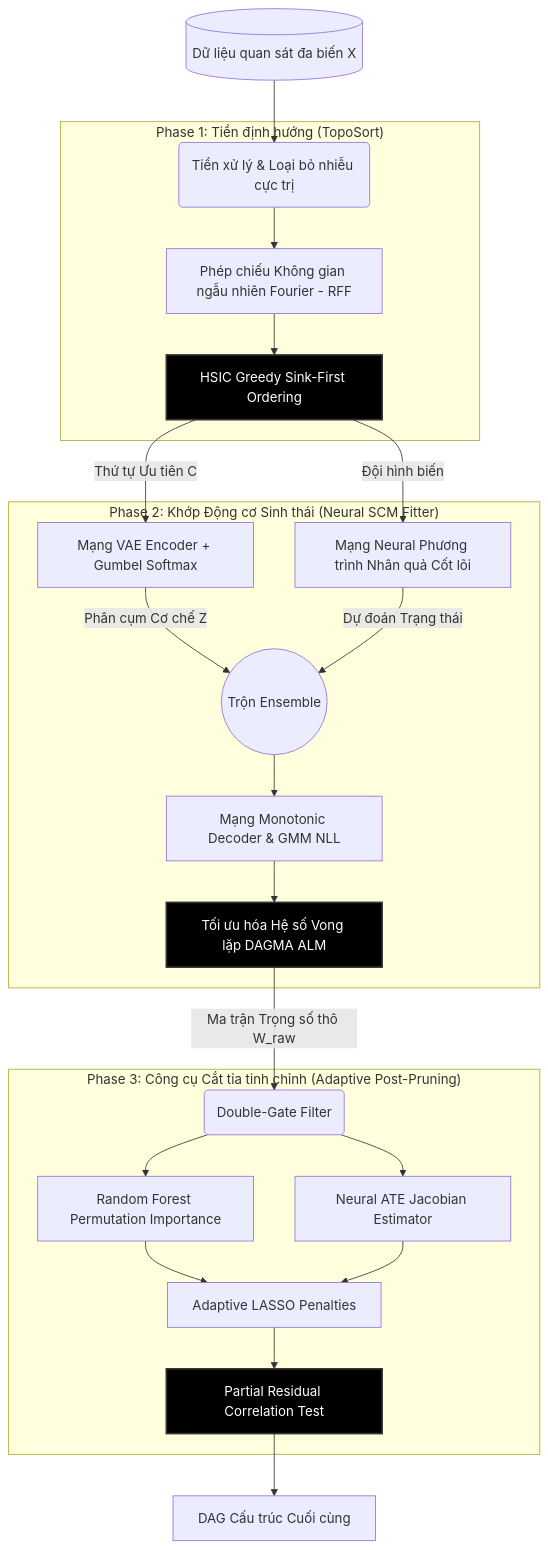
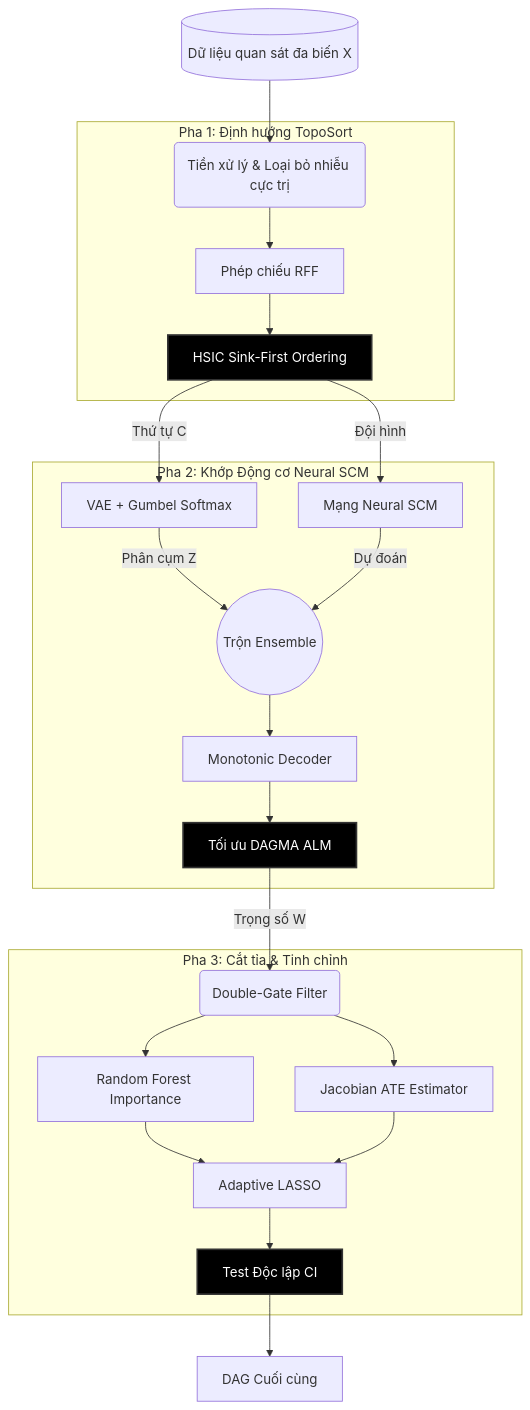
One commit to manhthai1706/DeepANM changed the first of 4 diagrams in docx/Chuong3_MoHinhDeepANM.md. Above: the diagram before and after it, drawn with Mermaid.

Commit message:
docs: shorten mermaid labels to prevent text overlap

````diff
--- a/docx/Chuong3_MoHinhDeepANM.md
+++ b/docx/Chuong3_MoHinhDeepANM.md
@@ -11,35 +11,35 @@
 ```mermaid
 graph TD
     classDef highlight fill:#000,color:#fff,stroke:#333,stroke-width:2px;
     classDef sub core fill:#bbf,stroke:#333,stroke-width:2px;
     
     Data[(Dữ liệu quan sát đa biến X)] --> Preprocess(Tiền xử lý & Loại bỏ nhiễu cực trị)
     
-    subgraph phase1 ["Phase 1: Tiền định hướng (TopoSort)"]
-        Preprocess --> RFF[Phép chiếu Không gian ngẫu nhiên Fourier - RFF]
-        RFF --> Sink[HSIC Greedy Sink-First Ordering]
+    subgraph phase1 ["Pha 1: Định hướng TopoSort"]
+        Preprocess --> RFF[Phép chiếu RFF]
+        RFF --> Sink[HSIC Sink-First Ordering]
     end
     
-    subgraph phase2 ["Phase 2: Khớp Động cơ Sinh thái (Neural SCM Fitter)"]
-        Sink -->|Thứ tự Ưu tiên C| Encoder[Mạng VAE Encoder + Gumbel Softmax]
-        Sink -->|Đội hình biến| SEM[Mạng Neural Phương trình Nhân quả Cốt lõi]
-        Encoder -->|Phân cụm Cơ chế Z| Combine((Trộn Ensemble))
-        SEM -->|Dự đoán Trạng thái| Combine
-        Combine --> Decoder[Mạng Monotonic Decoder & GMM NLL]
-        Decoder --> ALM[Tối ưu hóa Hệ số Vong lặp DAGMA ALM]
+    subgraph phase2 ["Pha 2: Khớp Động cơ Neural SCM"]
+        Sink -->|Thứ tự C| Encoder[VAE + Gumbel Softmax]
+        Sink -->|Đội hình| SEM[Mạng Neural SCM]
+        Encoder -->|Phân cụm Z| Combine((Trộn Ensemble))
+        SEM -->|Dự đoán| Combine
+        Combine --> Decoder[Monotonic Decoder]
+        Decoder --> ALM[Tối ưu DAGMA ALM]
     end
     
-    subgraph phase3 ["Phase 3: Công cụ Cắt tỉa tinh chỉnh (Adaptive Post-Pruning)"]
-        ALM -->|Ma trận Trọng số thô W_raw| DoubleGate(Double-Gate Filter)
-        DoubleGate --> RF[Random Forest Permutation Importance]
-        DoubleGate --> ATE[Neural ATE Jacobian Estimator]
-        RF --> ALasso[Adaptive LASSO Penalties]
+    subgraph phase3 ["Pha 3: Cắt tỉa & Tinh chỉnh"]
+        ALM -->|Trọng số W| DoubleGate(Double-Gate Filter)
+        DoubleGate --> RF[Random Forest Importance]
+        DoubleGate --> ATE[Jacobian ATE Estimator]
+        RF --> ALasso[Adaptive LASSO]
         ATE --> ALasso
-        ALasso --> CI[Partial Residual Correlation Test]
+        ALasso --> CI[Test Độc lập CI]
     end
     
-    CI --> Final[DAG Cấu trúc Cuối cùng]
+    CI --> Final[DAG Cuối cùng]
     
     class Sink,ALM,CI highlight;
     class Encoder,SEM,Decoder core;
 ```
````
